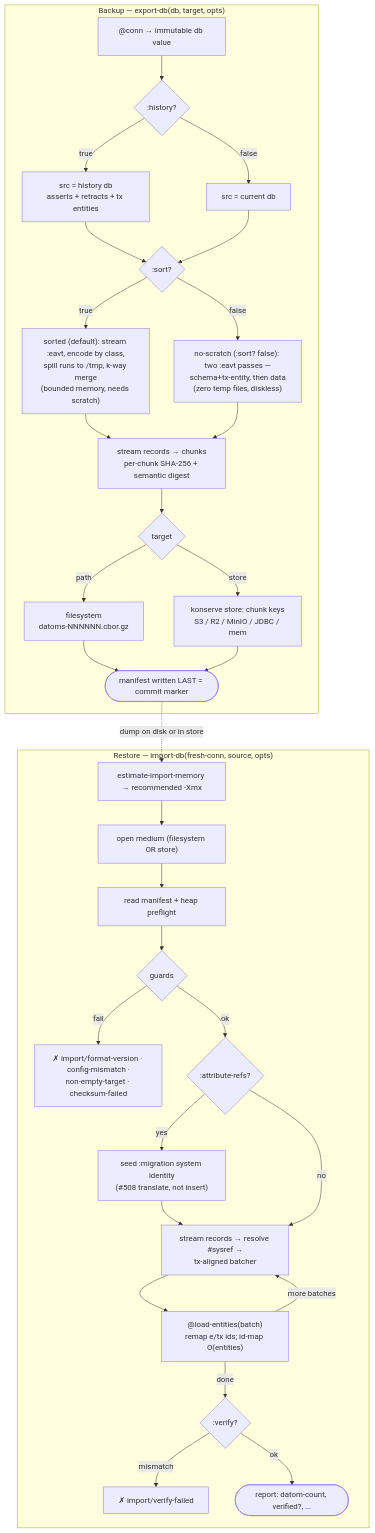
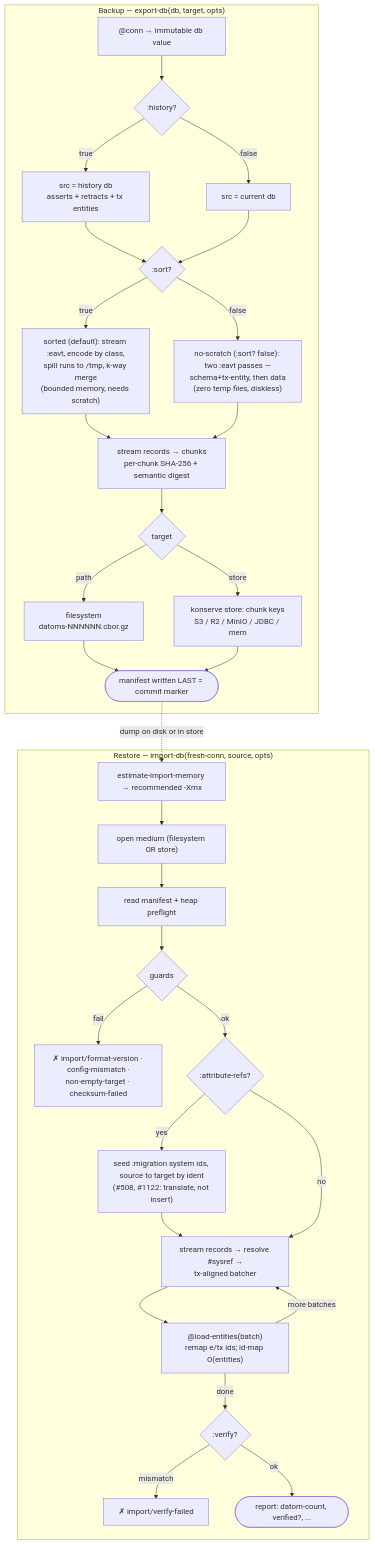
The diagram in doc/migration.md (replikativ/datahike), drawn with Mermaid before and after one commit. The commit also changed other lines of this file and 8 other files, not shown here.

First line of the commit message:
fix(migrate): translate system entities from the dump's own numbering (#1122)

````diff
--- a/doc/migration.md
+++ b/doc/migration.md
@@ -48,58 +48,58 @@
 ```mermaid
 flowchart TD
   subgraph BACKUP["Backup — export-db(db, target, opts)"]
     E0["@conn → immutable db value"]
     E1{":history?"}
     E2["src = history db<br/>asserts + retracts + tx entities"]
     E3["src = current db"]
     E4{":sort?"}
     E5["sorted (default): stream :eavt, encode by class,<br/>spill runs to /tmp, k-way merge<br/>(bounded memory, needs scratch)"]
     E6["no-scratch (:sort? false): two :eavt passes —<br/>schema+tx-entity, then data<br/>(zero temp files, diskless)"]
     E7["stream records → chunks<br/>per-chunk SHA-256 + semantic digest"]
     E8{"target"}
     E9["filesystem<br/>datoms-NNNNNN.cbor.gz"]
     E10["konserve store: chunk keys<br/>S3 / R2 / MinIO / JDBC / mem"]
     E11(["manifest written LAST = commit marker"])
     E0-->E1
     E1-- true -->E2
     E1-- false -->E3
     E2-->E4
     E3-->E4
     E4-- "true" -->E5
     E4-- "false" -->E6
     E5-->E7
     E6-->E7
     E7-->E8
     E8-- path -->E9
     E8-- store -->E10
     E9-->E11
     E10-->E11
   end
 
   subgraph RESTORE["Restore — import-db(fresh-conn, source, opts)"]
     I0["estimate-import-memory → recommended -Xmx"]
     I1["open medium (filesystem OR store)"]
     I2["read manifest + heap preflight"]
     I3{"guards"}
     I4["✗ import/format-version · config-mismatch ·<br/>non-empty-target · checksum-failed"]
     I5{":attribute-refs?"}
-    I6["seed :migration system identity<br/>(#508 translate, not insert)"]
+    I6["seed :migration system ids, source to target by ident<br/>(#508, #1122: translate, not insert)"]
     I7["stream records → resolve #sysref →<br/>tx-aligned batcher"]
     I8["@load-entities(batch)<br/>remap e/tx ids; id-map O(entities)"]
     I9{":verify?"}
     I10["✗ import/verify-failed"]
     I13(["report: datom-count, verified?, ..."])
     I0-->I1-->I2-->I3
     I3-- fail -->I4
     I3-- ok -->I5
     I5-- yes -->I6-->I7
     I5-- no -->I7
     I7-->I8
     I8-- "more batches" -->I7
     I8-- done -->I9
     I9-- ok -->I13
     I9-- mismatch -->I10
   end
 
   E11 -. "dump on disk or in store" .-> I0
 ```
````
